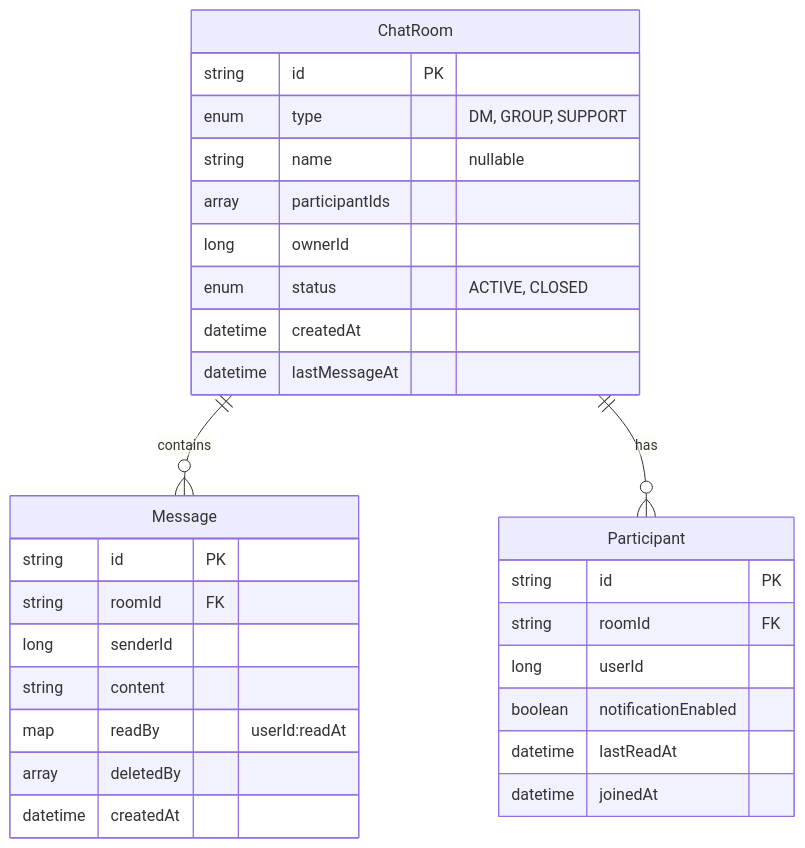
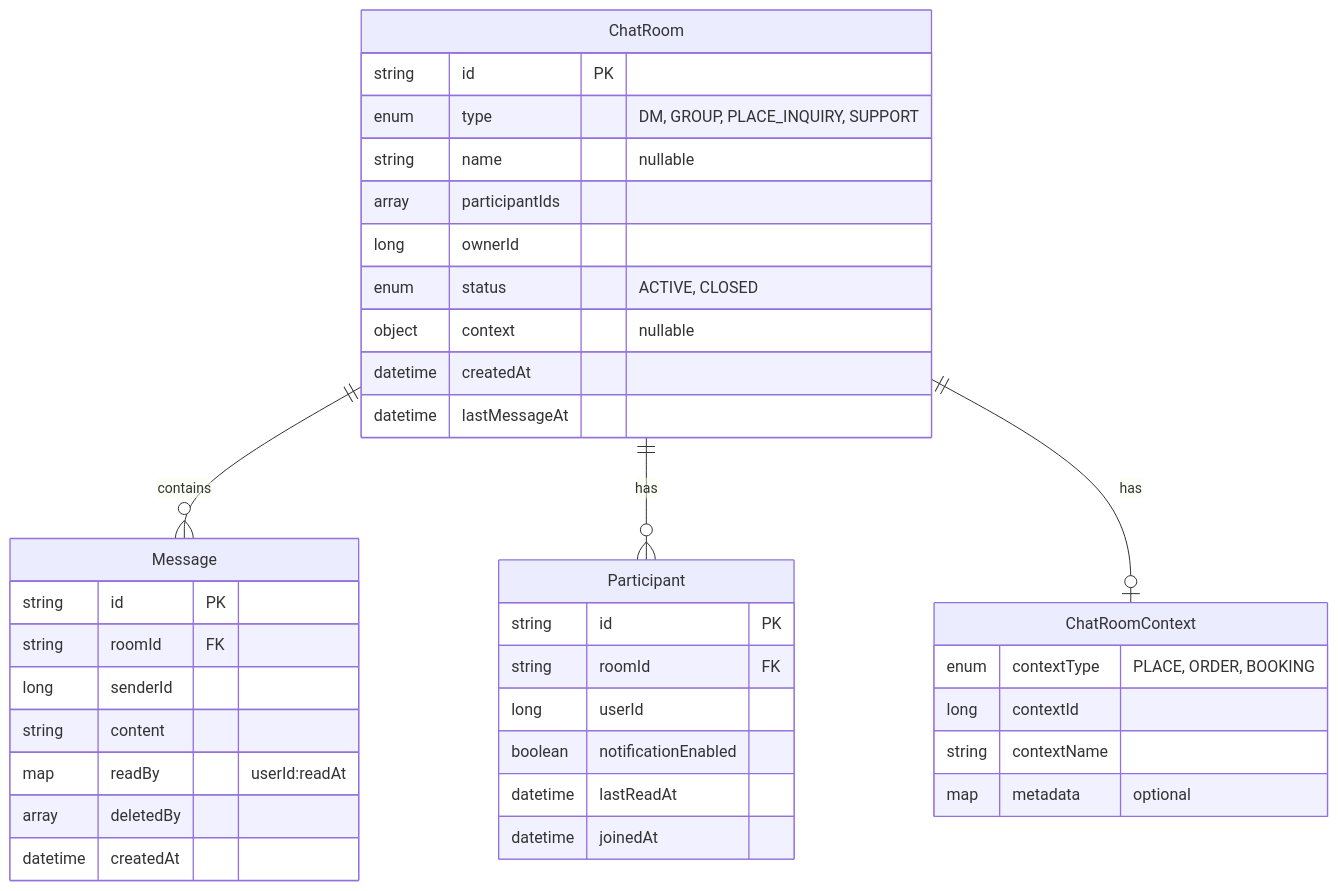
Before and after one commit to DDINGJOO/Chat-Server: the fourth of 5 diagrams in docs/CHAT_SERVER_GUIDE.md, drawn with Mermaid. The commit also changed other lines of this file and 1 other file, not shown here.

First line of the commit message:
docs: add PLACE_INQUIRY feature documentation

````diff
--- a/docs/CHAT_SERVER_GUIDE.md
+++ b/docs/CHAT_SERVER_GUIDE.md
@@ -126,35 +127,44 @@
 ```mermaid
 erDiagram
     ChatRoom ||--o{ Message : contains
     ChatRoom ||--o{ Participant : has
+    ChatRoom ||--o| ChatRoomContext : has
 
     ChatRoom {
         string id PK
-        enum type "DM, GROUP, SUPPORT"
+        enum type "DM, GROUP, PLACE_INQUIRY, SUPPORT"
         string name "nullable"
         array participantIds
         long ownerId
         enum status "ACTIVE, CLOSED"
+        object context "nullable"
         datetime createdAt
         datetime lastMessageAt
+    }
+
+    ChatRoomContext {
+        enum contextType "PLACE, ORDER, BOOKING"
+        long contextId
+        string contextName
+        map metadata "optional"
     }
 
     Message {
         string id PK
         string roomId FK
         long senderId
         string content
         map readBy "userId:readAt"
         array deletedBy
         datetime createdAt
     }
 
     Participant {
         string id PK
         string roomId FK
         long userId
         boolean notificationEnabled
         datetime lastReadAt
         datetime joinedAt
     }
 ```
````
